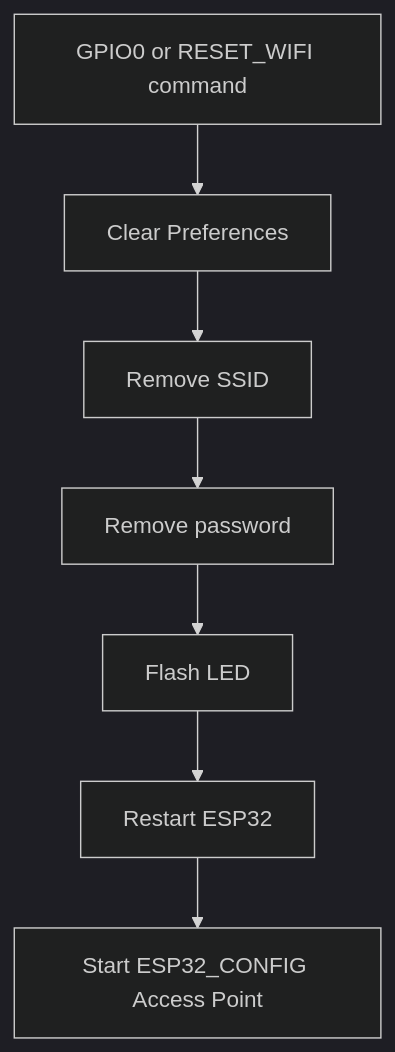
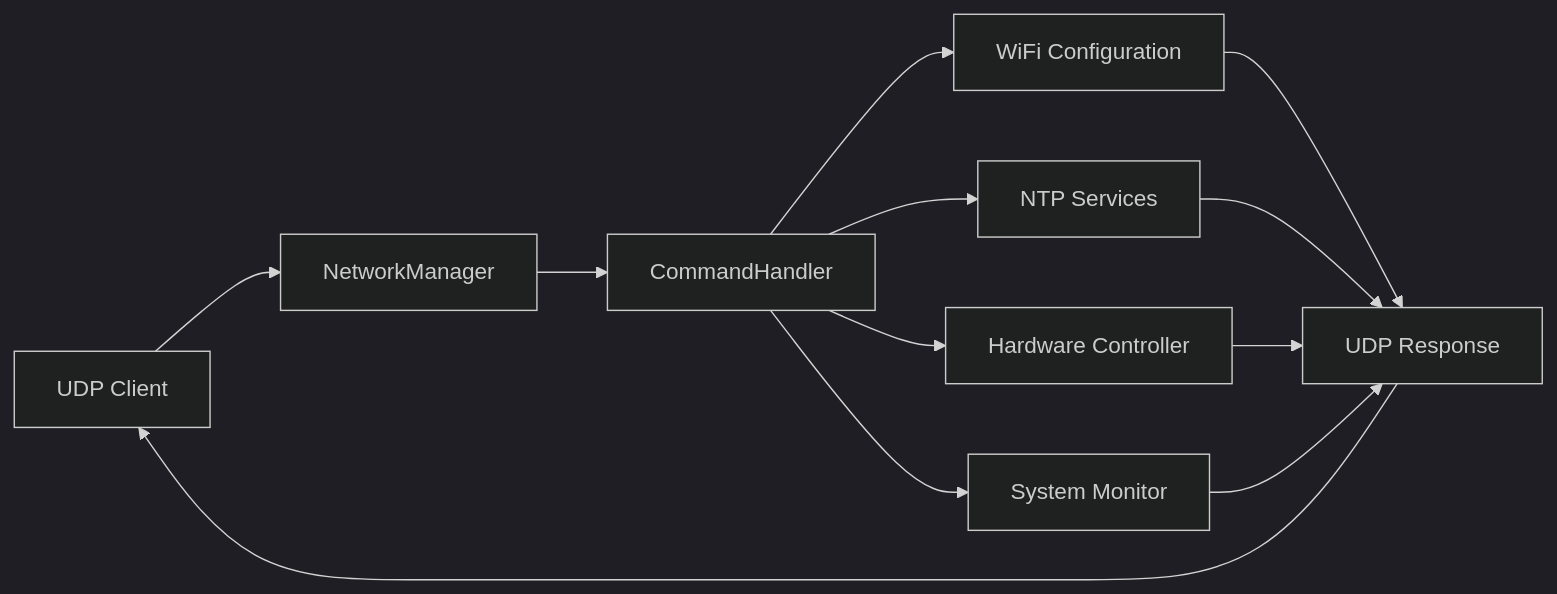
One commit to paulocfmarques-collab/esp32_wifi changed the fifth of 5 diagrams in README.md. Above: the diagram before and after it, drawn with Mermaid (dark theme). The commit also changed other lines of this file, not shown here.

````diff
--- a/README.md
+++ b/README.md
@@ -337,9 +492,21 @@
 ```mermaid
-flowchart TD
-    A[GPIO0 or RESET_WIFI command] --> B[Clear Preferences]
-    B --> C[Remove SSID]
-    C --> D[Remove password]
-    D --> E[Flash LED]
-    E --> F[Restart ESP32]
-    F --> G[Start ESP32_CONFIG Access Point]
+flowchart LR
+
+    CLIENT[UDP Client]
+        --> GATEWAY[NetworkManager]
+
+    GATEWAY
+        --> HANDLER[CommandHandler]
+
+    HANDLER --> WIFI[WiFi Configuration]
+    HANDLER --> NTP[NTP Services]
+    HANDLER --> LED[Hardware Controller]
+    HANDLER --> MON[System Monitor]
+
+    WIFI --> RESPONSE[UDP Response]
+    NTP --> RESPONSE
+    LED --> RESPONSE
+    MON --> RESPONSE
+
+    RESPONSE --> CLIENT
 ```
````
